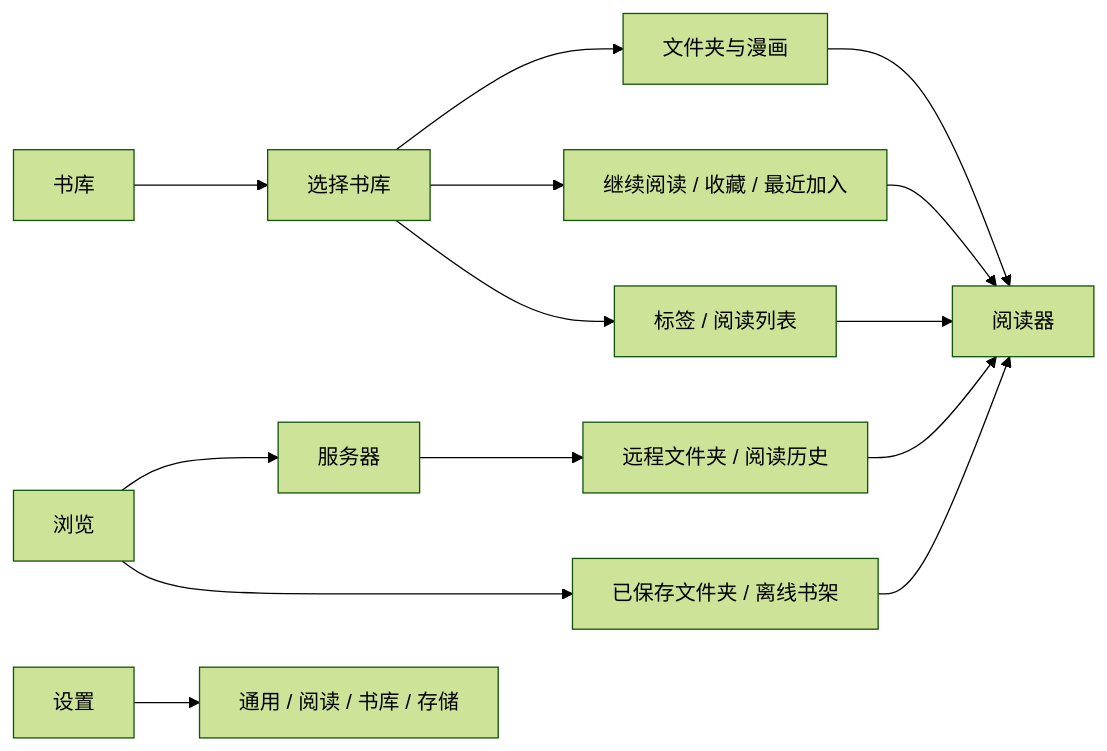
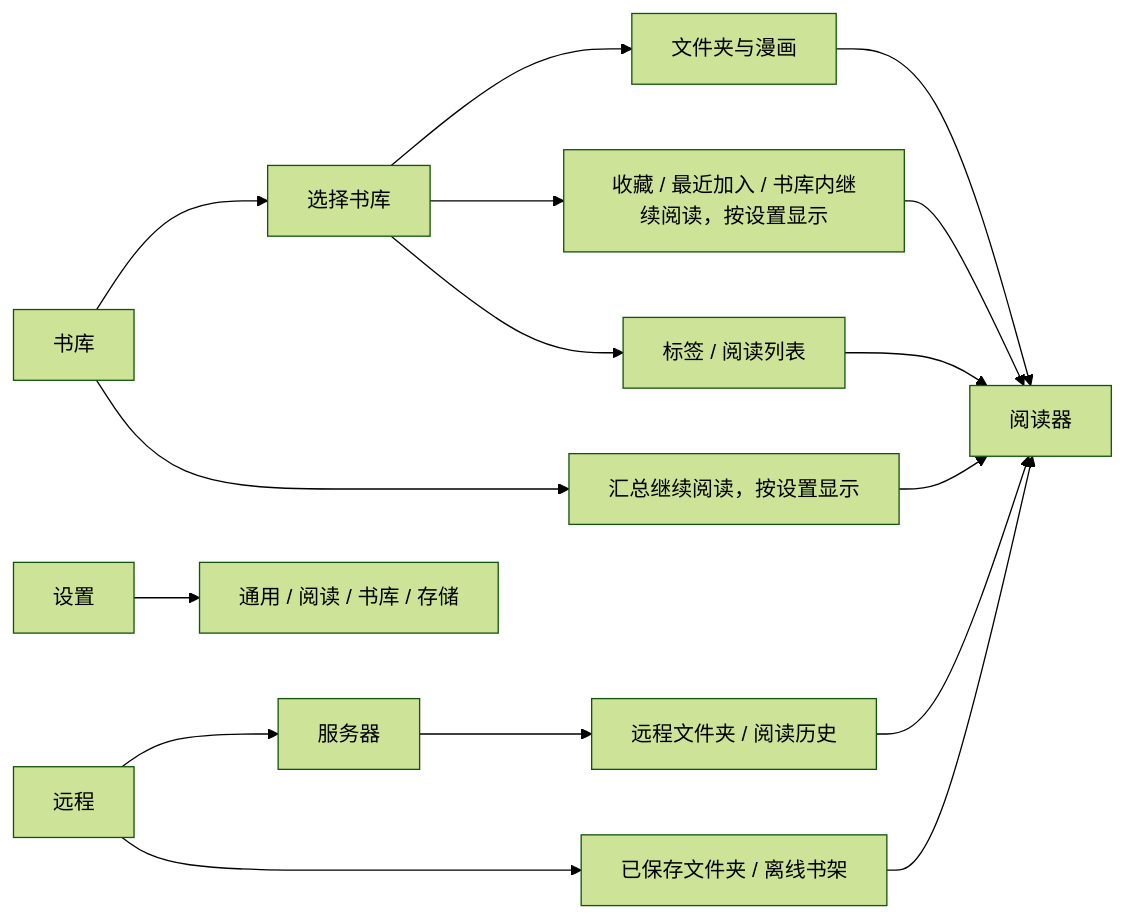
One commit to OJZen/JamReader-iOS changed the diagram in docs/design-requirements.md. Above: the diagram before and after it, drawn with Mermaid (forest theme). The commit also changed other lines of this file and 47 other files, not shown here.

````diff
--- a/docs/design-requirements.md
+++ b/docs/design-requirements.md
@@ -46,16 +46,18 @@
 ```mermaid
 flowchart LR
     A[书库] --> B[选择书库]
+    A --> L[汇总继续阅读，按设置显示]
     B --> C[文件夹与漫画]
-    B --> D[继续阅读 / 收藏 / 最近加入]
+    B --> D[收藏 / 最近加入 / 书库内继续阅读，按设置显示]
     B --> E[标签 / 阅读列表]
-    F[浏览] --> G[服务器]
+    F[远程] --> G[服务器]
     G --> H[远程文件夹 / 阅读历史]
     F --> I[已保存文件夹 / 离线书架]
     C --> R[阅读器]
     D --> R
+    L --> R
     E --> R
     H --> R
     I --> R
     S[设置] --> T[通用 / 阅读 / 书库 / 存储]
 ```
````
